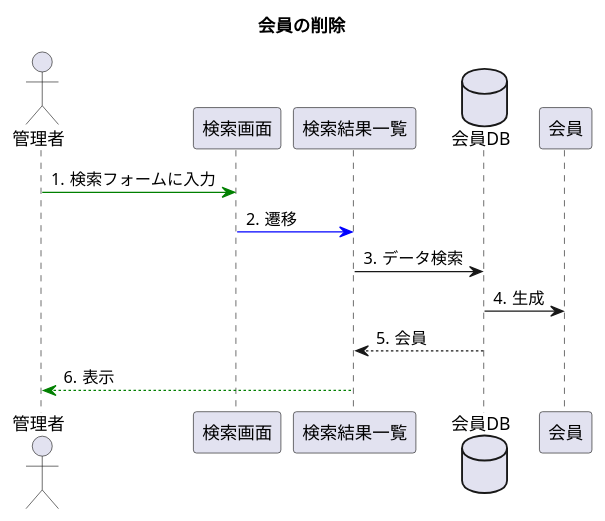
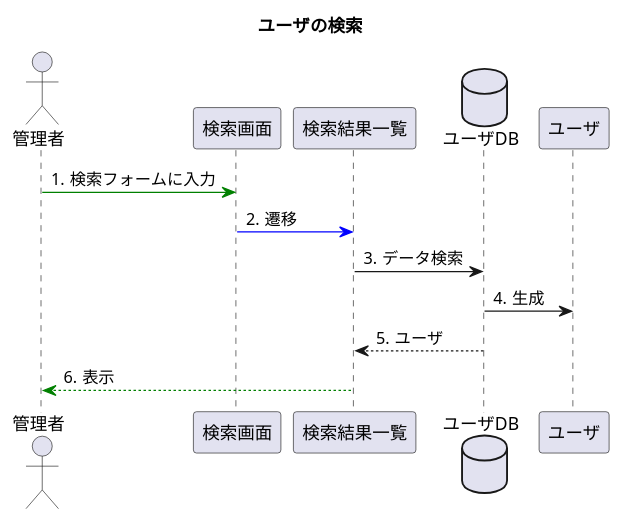
One commit to toufu66/ProjectC changed the diagram in uml/seq_find.pu. Above: the diagram before and after it, drawn with PlantUML.

Commit message:
シーケンス図 ユーザ検索

```diff
--- a/uml/seq_find.pu
+++ b/uml/seq_find.pu
@@ -1,18 +1,18 @@
 @startuml
-title 会員の削除
+title ユーザの検索
 
 autonumber "#."
 
 actor 管理者
 participant 検索画面
 participant 検索結果一覧
-database 会員DB
-participant 会員
+database ユーザDB
+participant ユーザ
 
 管理者 -[#green]> 検索画面:検索フォームに入力
 検索画面 -[#blue]> 検索結果一覧:遷移
-検索結果一覧 -> 会員DB:データ検索
-会員DB -> 会員:生成
-会員DB --> 検索結果一覧:会員
+検索結果一覧 -> ユーザDB:データ検索
+ユーザDB -> ユーザ:生成
+ユーザDB --> 検索結果一覧:ユーザ
 検索結果一覧 --[#green]> 管理者:表示
 @enduml
```
